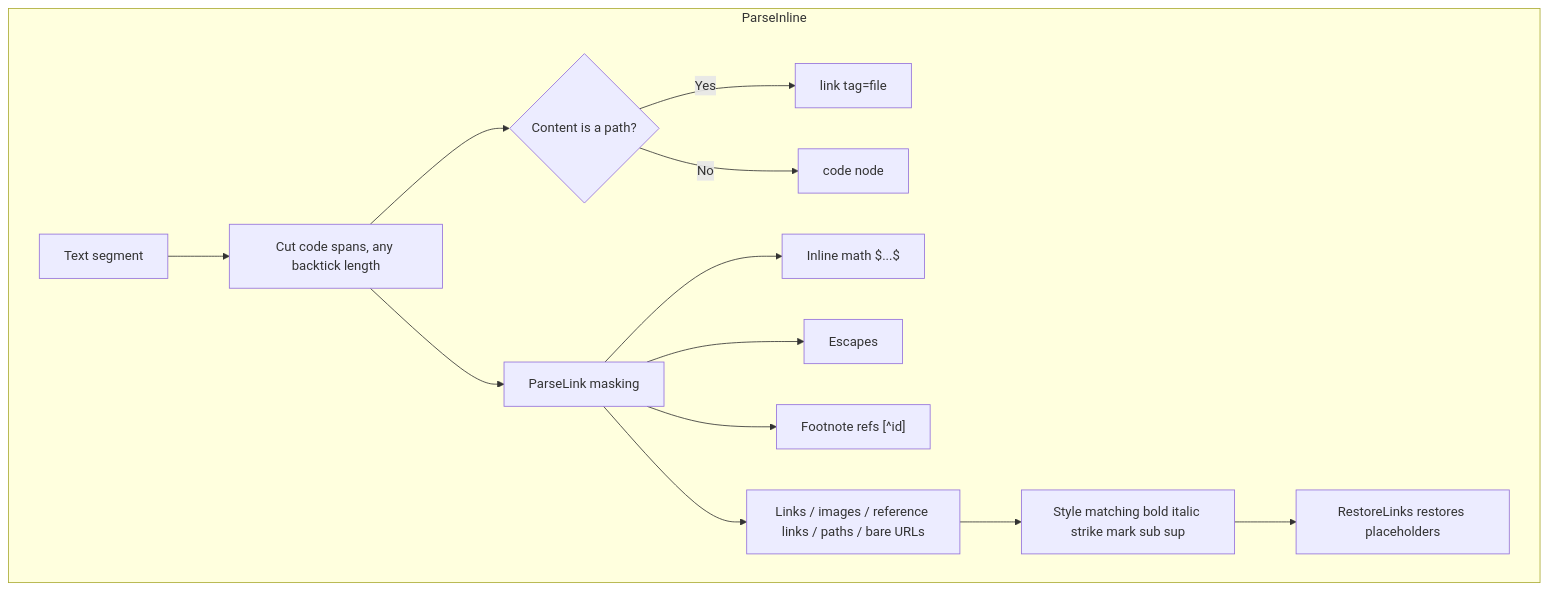
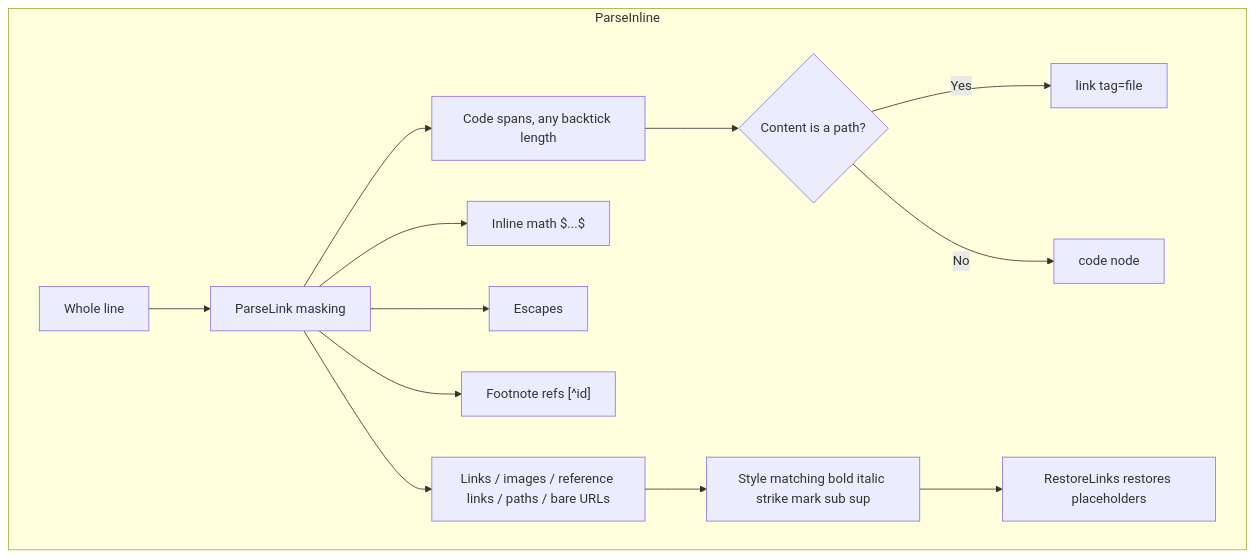
One commit to pardnchiu/NanoMD changed the third of 7 diagrams in doc/architecture.md. Above: the diagram before and after it, drawn with Mermaid. The commit also changed other lines of this file and 8 other files, not shown here.

````diff
--- a/doc/architecture.md
+++ b/doc/architecture.md
@@ -55,16 +55,16 @@
 ```mermaid
 graph TB
     subgraph ParseInline
-        Seg[Text segment] --> CodeSpan[Cut code spans, any backtick length]
-        CodeSpan --> Path{Content is a path?}
+        Seg[Whole line] --> Mask[ParseLink masking]
+        Mask --> M0[Code spans, any backtick length]
+        M0 --> Path{Content is a path?}
         Path -->|Yes| File[link tag=file]
         Path -->|No| CodeNode[code node]
-        CodeSpan --> Mask[ParseLink masking]
         Mask --> M1[Inline math $...$]
         Mask --> M2[Escapes]
         Mask --> M3["Footnote refs [^id]"]
         Mask --> M4[Links / images / reference links / paths / bare URLs]
         M4 --> Marks[Style matching bold italic strike mark sub sup]
         Marks --> Restore[RestoreLinks restores placeholders]
     end
 ```
````
